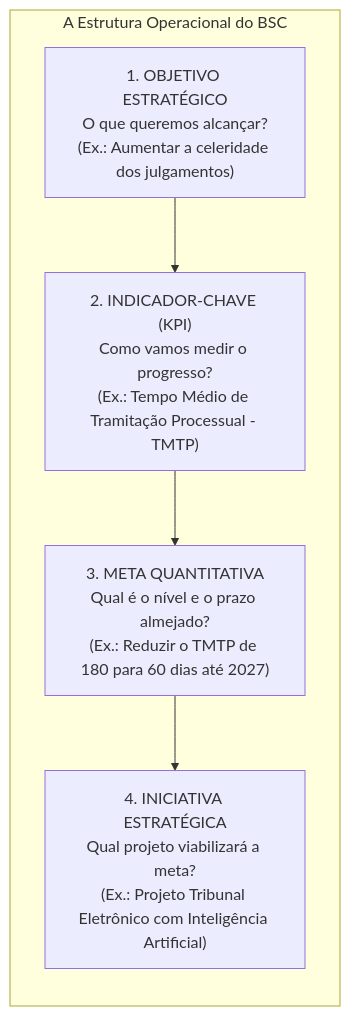
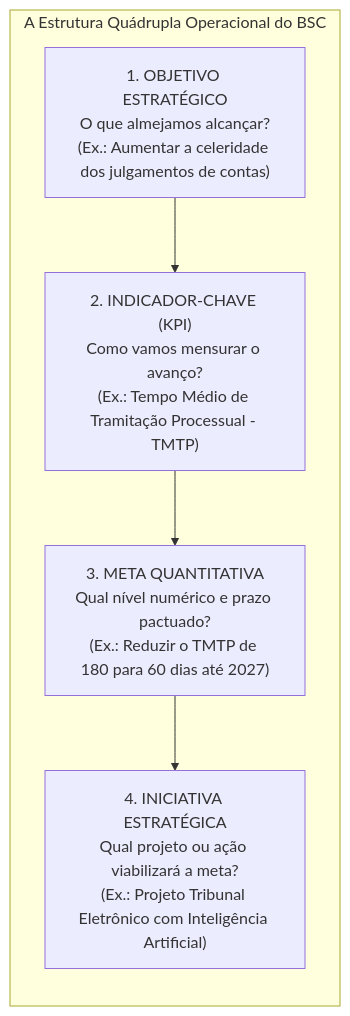
The second of 3 diagrams in fontes_de_estudo/conhecimentos_especificos_a01_tecnico_administrativo/23_administracao_estrategica/03_cadeia_de_valor_bsc_e_execucao_estrategica.md (thiagosantos346/TCE-GO-2027), drawn with Mermaid before and after one commit. The commit also changed other lines of this file and 119 other files, not shown here.

````diff
--- a/fontes_de_estudo/conhecimentos_especificos_a01_tecnico_administrativo/23_administracao_estrategica/03_cadeia_de_valor_bsc_e_execucao_estrategica.md
+++ b/fontes_de_estudo/conhecimentos_especificos_a01_tecnico_administrativo/23_administracao_estrategica/03_cadeia_de_valor_bsc_e_execucao_estrategica.md
@@ -117,15 +93,15 @@
 ```mermaid
 flowchart TD
-    subgraph Estrutura_BSC ["A Estrutura Operacional do BSC"]
+    subgraph Estrutura_BSC ["A Estrutura Quádrupla Operacional do BSC"]
         direction TB
-        OE["1. OBJETIVO ESTRATÉGICO<br/>O que queremos alcançar?<br/>(Ex.: Aumentar a celeridade dos julgamentos)"]
+        OE["1. OBJETIVO ESTRATÉGICO<br/>O que almejamos alcançar?<br/>(Ex.: Aumentar a celeridade dos julgamentos de contas)"]
         
-        KPI["2. INDICADOR-CHAVE (KPI)<br/>Como vamos medir o progresso?<br/>(Ex.: Tempo Médio de Tramitação Processual - TMTP)"]
+        KPI["2. INDICADOR-CHAVE (KPI)<br/>Como vamos mensurar o avanço?<br/>(Ex.: Tempo Médio de Tramitação Processual - TMTP)"]
         
-        META["3. META QUANTITATIVA<br/>Qual é o nível e o prazo almejado?<br/>(Ex.: Reduzir o TMTP de 180 para 60 dias até 2027)"]
+        META["3. META QUANTITATIVA<br/>Qual nível numérico e prazo pactuado?<br/>(Ex.: Reduzir o TMTP de 180 para 60 dias até 2027)"]
         
-        INIC["4. INICIATIVA ESTRATÉGICA<br/>Qual projeto viabilizará a meta?<br/>(Ex.: Projeto Tribunal Eletrônico com Inteligência Artificial)"]
+        INIC["4. INICIATIVA ESTRATÉGICA<br/>Qual projeto ou ação viabilizará a meta?<br/>(Ex.: Projeto Tribunal Eletrônico com Inteligência Artificial)"]
         
         OE --> KPI --> META --> INIC
     end
 ```
````
